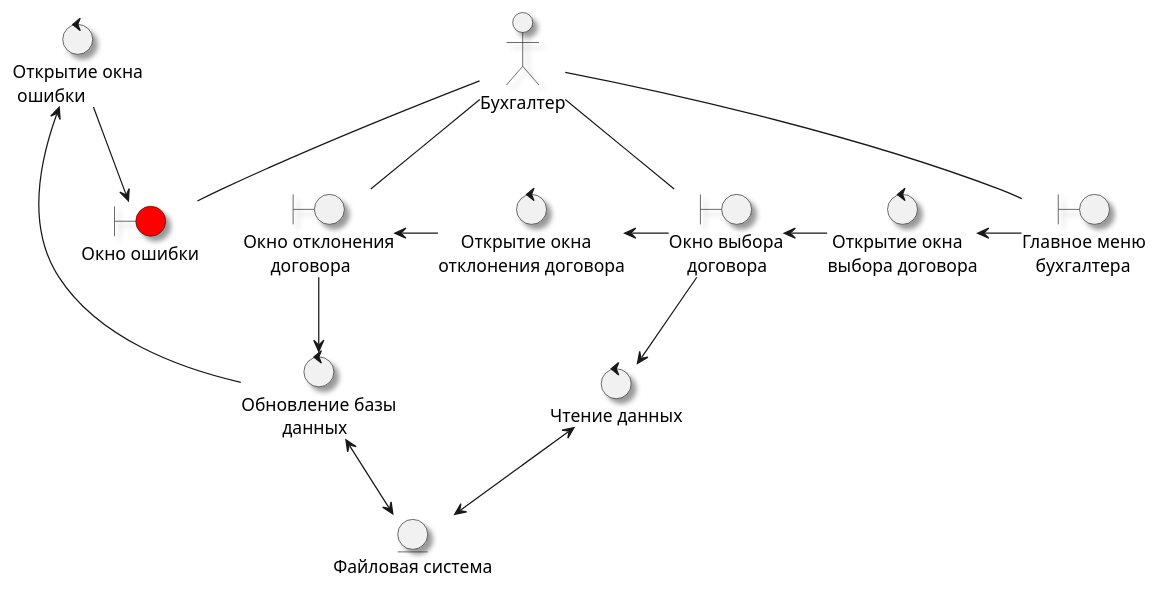
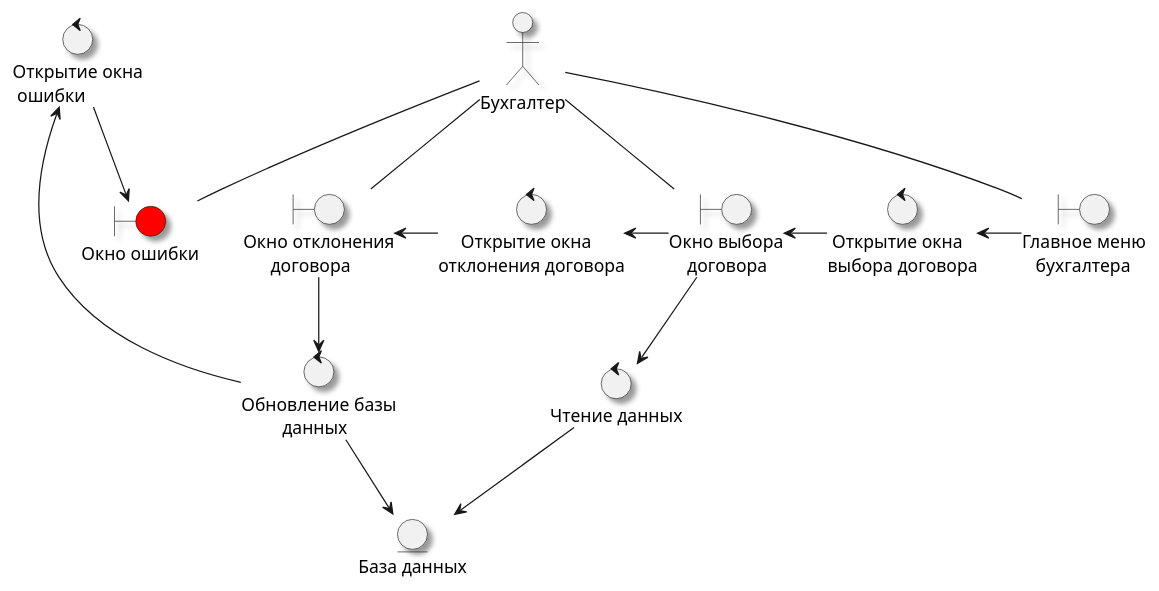
The diagram in Resource/Диаграммы пригодности/Отклонение договора (Бухгалтер).wsd (MiFit1/OSOGO), drawn with PlantUML before and after one commit. The commit also changed 10 other files, not shown here.

```diff
--- a/Resource/Диаграммы пригодности/Отклонение договора (Бухгалтер).wsd
+++ b/Resource/Диаграммы пригодности/Отклонение договора (Бухгалтер).wsd
@@ -1,32 +1,32 @@
 @startuml
 skinparam Shadowing true
 actor "Бухгалтер" as accountant
 boundary "Главное меню\n   бухгалтера" as mainMenuAc
 boundary "Окно выбора\n    договора" as contractWindow
 boundary "Окно отклонения\n      договора" as accessContractWindow
 boundary "Окно ошибки" as errorWindow #Red
 
 control "Открытие окна\n ошибки" as errorWindowControl
 control " Открытие окна\nвыбора договора" as contractWindowControl
 control "     Открытие окна\nотклонения договора" as accessContractWindowControl
 control "Обновление базы\n         данных" as updateDatabase
 control "Чтение данных" as readData
-entity "Файловая система" as fs
+entity "База данных" as fs
 
 accountant -u- mainMenuAc
 mainMenuAc -l-> contractWindowControl
 contractWindowControl -l-> contractWindow
 contractWindow -l-> accessContractWindowControl
 contractWindow --> readData
-readData <--> fs
+readData --> fs
 accessContractWindowControl -l-> accessContractWindow
 accessContractWindow --> updateDatabase
-updateDatabase <--> fs
+updateDatabase --> fs
 updateDatabase -u-> errorWindowControl
 errorWindowControl --> errorWindow
 
 accountant -- contractWindow
 accountant -- accessContractWindow
 accountant -- errorWindow
 
 @enduml
```
